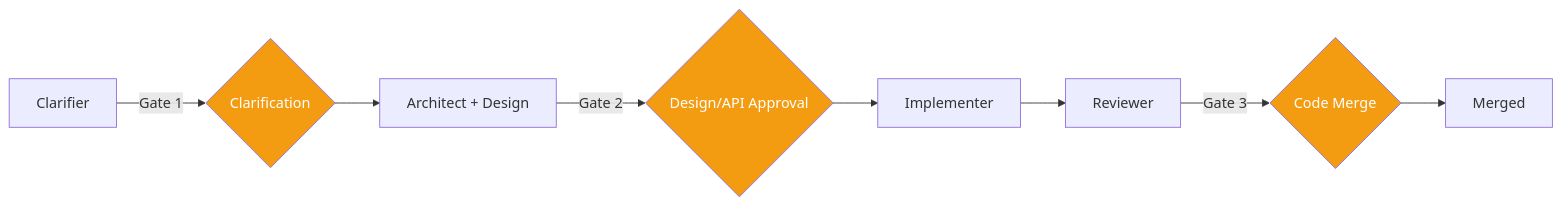
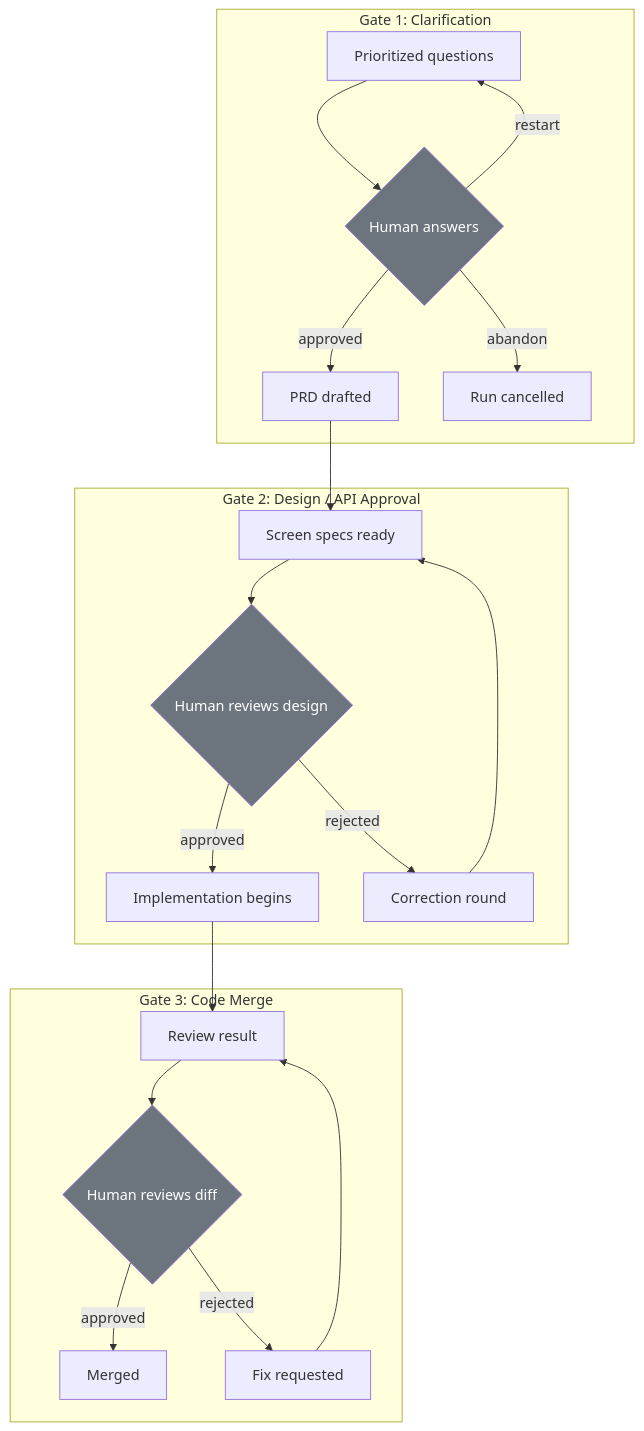
Before and after one commit to praveen-gottala/sdlc-agent-swarms: the diagram in docs/concepts/hitl-governance.md, drawn with Mermaid. The commit also changed other lines of this file and 200 other files, not shown here.

````diff
--- a/docs/concepts/hitl-governance.md
+++ b/docs/concepts/hitl-governance.md
@@ -9,14 +15,30 @@
 ```mermaid
-graph LR
-    C[Clarifier] -->|Gate 1| G1{Clarification}
-    G1 --> A[Architect + Design]
-    A -->|Gate 2| G2{Design/API Approval}
-    G2 --> I[Implementer]
-    I --> R[Reviewer]
-    R -->|Gate 3| G3{Code Merge}
-    G3 --> M[Merged]
+graph TD
+    subgraph "Gate 1: Clarification"
+        Q[Prioritized questions] --> H1{Human answers}
+        H1 -->|approved| P[PRD drafted]
+        H1 -->|restart| Q
+        H1 -->|abandon| X1[Run cancelled]
+    end
 
-    style G1 fill:#F39C12,color:#fff
-    style G2 fill:#F39C12,color:#fff
-    style G3 fill:#F39C12,color:#fff
+    subgraph "Gate 2: Design / API Approval"
+        D[Screen specs ready] --> H2{Human reviews design}
+        H2 -->|approved| I[Implementation begins]
+        H2 -->|rejected| C[Correction round]
+        C --> D
+    end
+
+    subgraph "Gate 3: Code Merge"
+        R[Review result] --> H3{Human reviews diff}
+        H3 -->|approved| M[Merged]
+        H3 -->|rejected| F[Fix requested]
+        F --> R
+    end
+
+    P --> D
+    I --> R
+
+    style H1 fill:#6C757D,color:#fff
+    style H2 fill:#6C757D,color:#fff
+    style H3 fill:#6C757D,color:#fff
 ```
````
